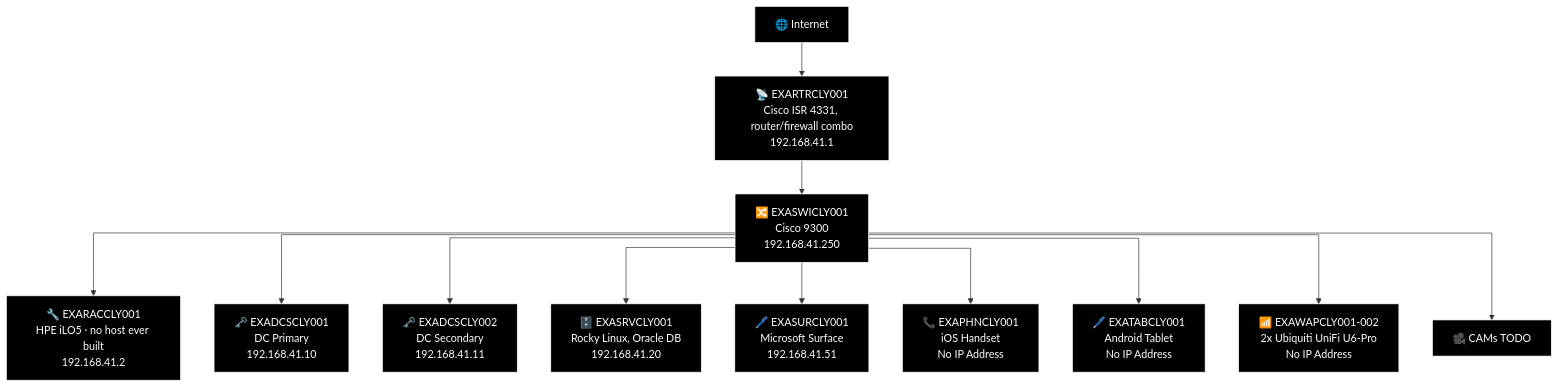
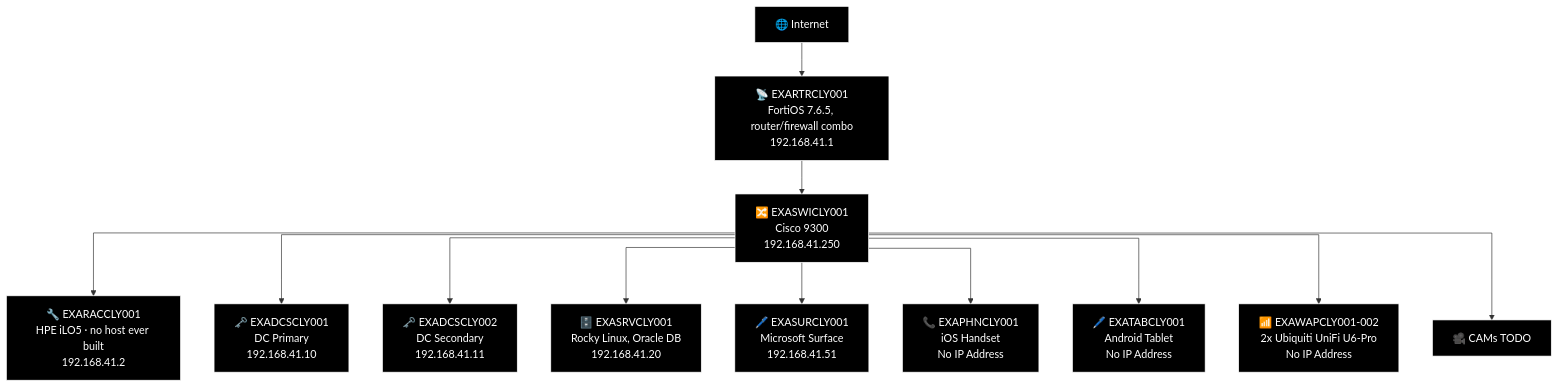
Before and after one commit to knightmare2600/example_music_infra: the tenth of 21 diagrams in docs/network-diagram/scotland.md, drawn with Mermaid. The commit also changed other lines of this file and 5 other files, not shown here.

````diff
--- a/docs/network-diagram/scotland.md
+++ b/docs/network-diagram/scotland.md
@@ -651,42 +651,42 @@
 ```mermaid
 %%{init: {'flowchart': {'curve': 'stepAfter'}}}%%
 graph TD
     O_INET["🌐 Internet"]
-    O_RTR["📡 EXARTRCLY001<br/>Cisco ISR 4331, router/firewall combo<br/>192.168.41.1"]
+    O_RTR["📡 EXARTRCLY001<br/>FortiOS 7.6.5, router/firewall combo<br/>192.168.41.1"]
     O_INET --> O_RTR
     O_SW["🔀 EXASWICLY001<br/>Cisco 9300<br/>192.168.41.250"]
     O_RTR --> O_SW
 
     O_ILO["🔧 EXARACCLY001<br/>HPE iLO5 · no host ever built<br/>192.168.41.2"]
     O_DC1["🗝️ EXADCSCLY001<br/>DC Primary<br/>192.168.41.10"]
     O_DC2["🗝️ EXADCSCLY002<br/>DC Secondary<br/>192.168.41.11"]
     O_SRV["🗄️ EXASRVCLY001<br/>Rocky Linux, Oracle DB<br/>192.168.41.20"]
     O_SW --> O_ILO
     O_SW --> O_DC1
     O_SW --> O_DC2
     O_SW --> O_SRV
 
     O_SUR["🖊️ EXASURCLY001<br/>Microsoft Surface<br/>192.168.41.51"]
     O_PHN["📞 EXAPHNCLY001<br/>iOS Handset<br/>No IP Address"]
     O_TAB["🖊️ EXATABCLY001<br/>Android Tablet<br/>No IP Address"]
     O_WAP["📶 EXAWAPCLY001-002<br/>2x Ubiquiti UniFi U6-Pro<br/>No IP Address"]
     O_CAM["🎥 CAMs TODO"]
     O_SW --> O_SUR
     O_SW --> O_PHN
     O_SW --> O_TAB
     O_SW --> O_WAP
     O_SW --> O_CAM
 
     style O_INET fill:#000000,stroke:#FFFFFF,color:#FFFFFF
     style O_RTR fill:#000000,stroke:#FFFFFF,color:#FFFFFF
     style O_SW fill:#000000,stroke:#FFFFFF,color:#FFFFFF
     style O_ILO fill:#000000,stroke:#FFFFFF,color:#FFFFFF
     style O_DC1 fill:#000000,stroke:#FFFFFF,color:#FFFFFF
     style O_DC2 fill:#000000,stroke:#FFFFFF,color:#FFFFFF
     style O_SRV fill:#000000,stroke:#FFFFFF,color:#FFFFFF
     style O_SUR fill:#000000,stroke:#FFFFFF,color:#FFFFFF
     style O_PHN fill:#000000,stroke:#FFFFFF,color:#FFFFFF
     style O_TAB fill:#000000,stroke:#FFFFFF,color:#FFFFFF
     style O_WAP fill:#000000,stroke:#FFFFFF,color:#FFFFFF
     style O_CAM fill:#000000,stroke:#FFFFFF,color:#FFFFFF
 ```
````
